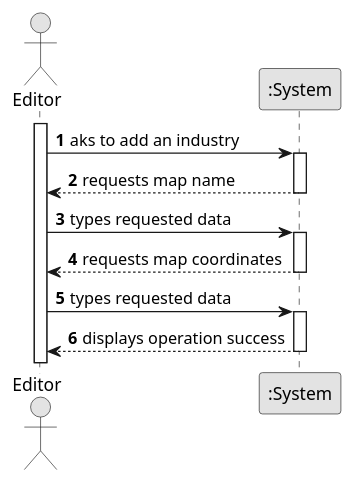
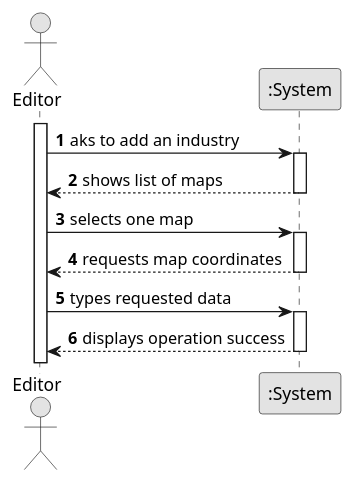
One commit to goncalolopesp/sem2-pi-24.25-g093-repo changed the diagram in docs/system-documentation/US002/01.requirements-engineering/puml/US002-SSD.puml. Above: the diagram before and after it, drawn with PlantUML. The commit also changed 4 other files, not shown here.

```diff
--- a/docs/system-documentation/US002/01.requirements-engineering/puml/US002-SSD.puml
+++ b/docs/system-documentation/US002/01.requirements-engineering/puml/US002-SSD.puml
@@ -1,31 +1,31 @@
 @startuml
 skinparam monochrome true
 skinparam packageStyle rectangle
 skinparam shadowing false
 
 autonumber
 
 actor "Editor" as Employee
 participant ":System" as System
 
 activate Employee
 
 
     Employee -> System :aks to add an industry
         activate System
-        System --> Employee : requests map name
+        System --> Employee : shows list of maps
     deactivate System
 
-    Employee -> System :  types requested data
+    Employee -> System :  selects one map
     activate System
 
         System --> Employee : requests map coordinates
     deactivate System
 
     Employee -> System : types requested data
     activate System
 
         System --> Employee : displays operation success
     deactivate System
 
 @enduml
```
